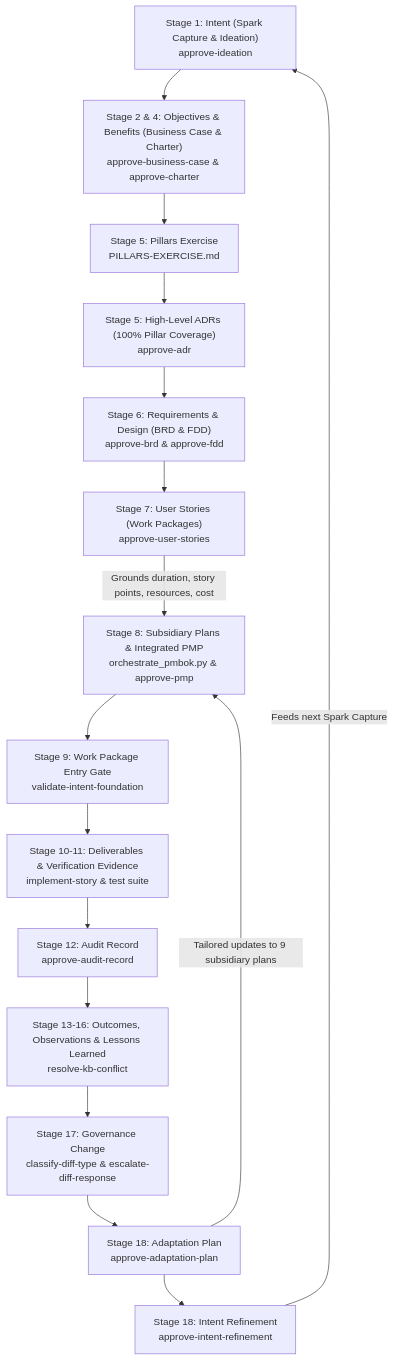
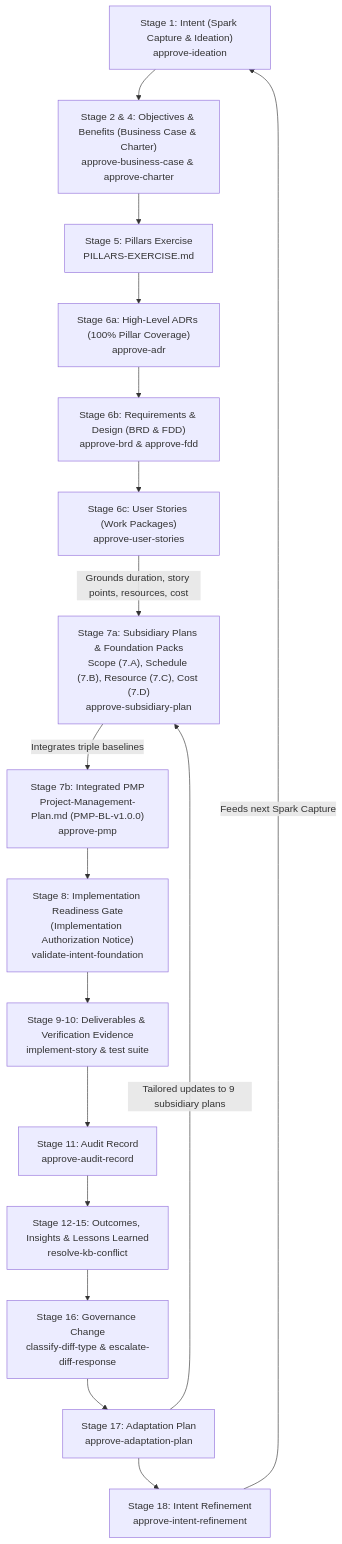
Before and after one commit to mdresch/sidpa-template: the diagram in README.md, drawn with Mermaid. The commit also changed other lines of this file and 31 other files, not shown here.

Commit message:
docs(lifecycle): rectify Stage 6 Requirements, Stage 7 PMP, and Stage 8 Implementation Readiness Gate

````diff
--- a/README.md
+++ b/README.md
@@ -104,18 +107,19 @@
 ```mermaid
 flowchart TD
     SPARK["Stage 1: Intent (Spark Capture & Ideation)<br/>approve-ideation"] --> CHARTER["Stage 2 & 4: Objectives & Benefits (Business Case & Charter)<br/>approve-business-case & approve-charter"]
     CHARTER --> PIL["Stage 5: Pillars Exercise<br/>PILLARS-EXERCISE.md"]
-    PIL --> ADR["Stage 5: High-Level ADRs (100% Pillar Coverage)<br/>approve-adr"]
-    ADR --> REQ["Stage 6: Requirements & Design (BRD & FDD)<br/>approve-brd & approve-fdd"]
-    REQ --> US["Stage 7: User Stories (Work Packages)<br/>approve-user-stories"]
-    US -->|"Grounds duration, story points, resources, cost"| PMP["Stage 8: Subsidiary Plans & Integrated PMP<br/>orchestrate_pmbok.py & approve-pmp"]
-    PMP --> WP["Stage 9: Work Package Entry Gate<br/>validate-intent-foundation"]
-    WP --> EXEC["Stage 10-11: Deliverables & Verification Evidence<br/>implement-story & test suite"]
-    EXEC --> AUDIT["Stage 12: Audit Record<br/>approve-audit-record"]
-    AUDIT --> OUTCOME["Stage 13-16: Outcomes, Observations & Lessons Learned<br/>resolve-kb-conflict"]
-    OUTCOME --> GOV["Stage 17: Governance Change<br/>classify-diff-type & escalate-diff-response"]
-    GOV --> ADAPT["Stage 18: Adaptation Plan<br/>approve-adaptation-plan"]
-    ADAPT -->|"Tailored updates to 9 subsidiary plans"| PMP
+    PIL --> ADR["Stage 6a: High-Level ADRs (100% Pillar Coverage)<br/>approve-adr"]
+    ADR --> REQ["Stage 6b: Requirements & Design (BRD & FDD)<br/>approve-brd & approve-fdd"]
+    REQ --> US["Stage 6c: User Stories (Work Packages)<br/>approve-user-stories"]
+    US -->|"Grounds duration, story points, resources, cost"| SUB["Stage 7a: Subsidiary Plans & Foundation Packs<br/>Scope (7.A), Schedule (7.B), Resource (7.C), Cost (7.D)<br/>approve-subsidiary-plan"]
+    SUB -->|"Integrates triple baselines"| PMP["Stage 7b: Integrated PMP<br/>Project-Management-Plan.md (PMP-BL-v1.0.0)<br/>approve-pmp"]
+    PMP --> WP["Stage 8: Implementation Readiness Gate<br/>(Implementation Authorization Notice)<br/>validate-intent-foundation"]
+    WP --> EXEC["Stage 9-10: Deliverables & Verification Evidence<br/>implement-story & test suite"]
+    EXEC --> AUDIT["Stage 11: Audit Record<br/>approve-audit-record"]
+    AUDIT --> OUTCOME["Stage 12-15: Outcomes, Insights & Lessons Learned<br/>resolve-kb-conflict"]
+    OUTCOME --> GOV["Stage 16: Governance Change<br/>classify-diff-type & escalate-diff-response"]
+    GOV --> ADAPT["Stage 17: Adaptation Plan<br/>approve-adaptation-plan"]
+    ADAPT -->|"Tailored updates to 9 subsidiary plans"| SUB
     ADAPT --> REFINE["Stage 18: Intent Refinement<br/>approve-intent-refinement"]
     REFINE -->|"Feeds next Spark Capture"| SPARK
 ```
````
